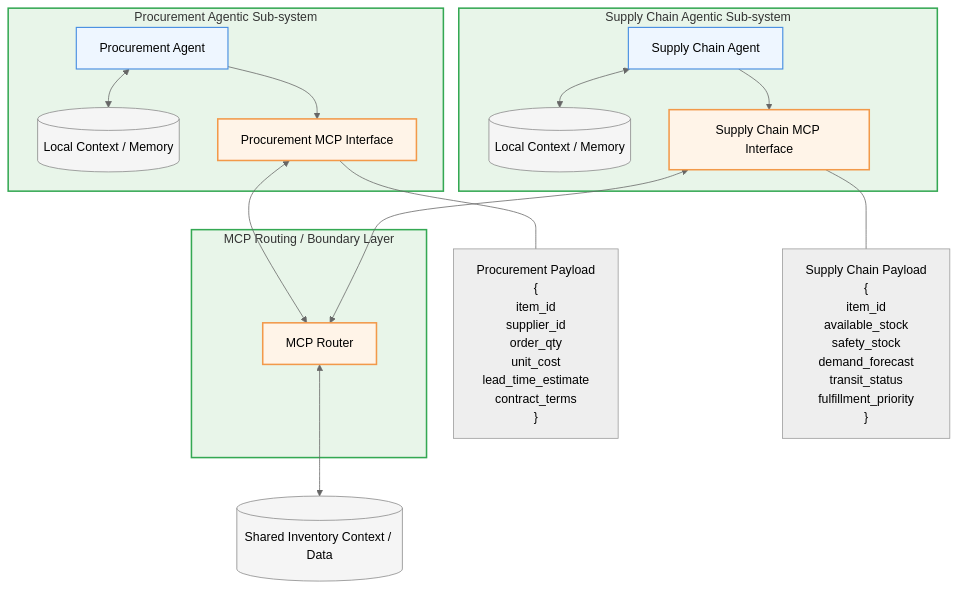
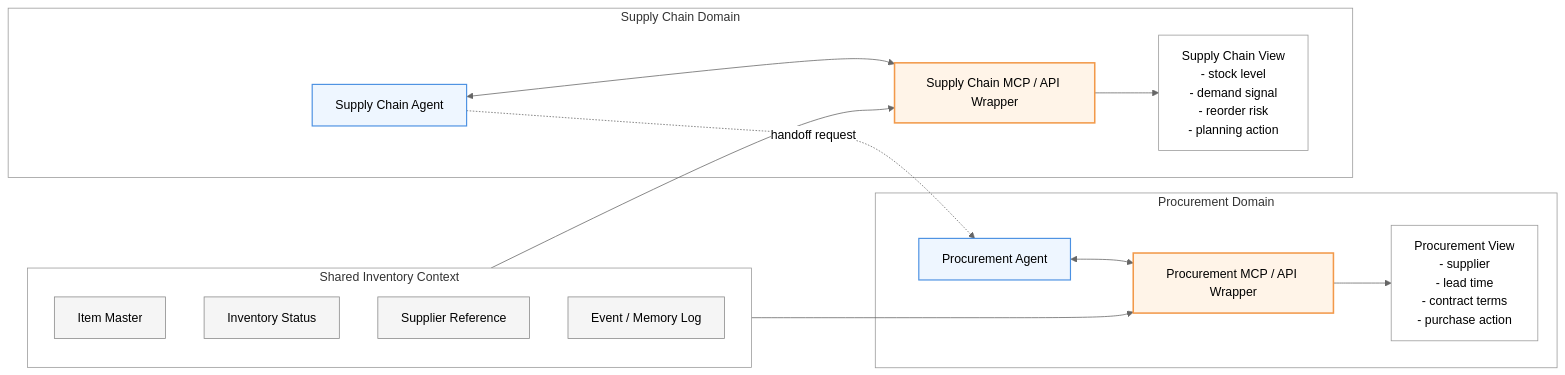
The first of 3 diagrams in _posts/2026-04-01-conway-principle.md (yueguoguo/yueguoguo.github.io), drawn with Mermaid (neutral theme) before and after one commit. The commit also changed other lines of this file, not shown here.

Commit message:
update diagram

```diff
--- a/_posts/2026-04-01-conway-principle.md
+++ b/_posts/2026-04-01-conway-principle.md
@@ -193,68 +107,46 @@
 <div class="mermaid">
-flowchart TD 
-    %% ===== Procurement Sub-system =====
-    subgraph PROC["Procurement Agentic Sub-system"]
-        PA[Procurement Agent]
-        PM[(Local Context / Memory)]
-        PAPI[Procurement MCP Interface]
+flowchart LR
 
-        PA <--> PM
-        PA --> PAPI
+    subgraph SHARED["Shared Inventory Context"]
+        I1[Item Master]
+        I2[Inventory Status]
+        I3[Supplier Reference]
+        I4[Event / Memory Log]
     end
 
-    %% ===== Supply Chain Sub-system =====
-    subgraph SC["Supply Chain Agentic Sub-system"]
-        SA[Supply Chain Agent]
-        SM[(Local Context / Memory)]
-        SAPI[Supply Chain MCP Interface]
-
-        SA <--> SM
-        SA --> SAPI
+    subgraph PROC["Procurement Domain"]
+        PA[Procurement Agent]
+        PMCP[Procurement MCP / API Wrapper]
+        PVIEW["Procurement View<br/>- supplier<br/>- lead time<br/>- contract terms<br/>- purchase action"]
     end
 
-    %% ===== Shared Routing Layer =====
-    subgraph ROUTE["MCP Routing / Boundary Layer"]
-        R[MCP Router]
+    subgraph SC["Supply Chain Domain"]
+        SA[Supply Chain Agent]
+        SMCP[Supply Chain MCP / API Wrapper]
+        SVIEW["Supply Chain View<br/>- stock level<br/>- demand signal<br/>- reorder risk<br/>- planning action"]
     end
 
-    %% ===== Shared Data =====
-    DB[(Shared Inventory Context / Data)]
+    SHARED --> PMCP
+    SHARED --> SMCP
 
-    %% ===== Payload Definitions =====
-    PAPI --- PPayload["Procurement Payload
-    {
-      item_id
-      supplier_id
-      order_qty
-      unit_cost
-      lead_time_estimate
-      contract_terms
-    }"]
+    PMCP --> PVIEW
+    SMCP --> SVIEW
 
-    SAPI --- SPayload["Supply Chain Payload
-    {
-      item_id
-      available_stock
-      safety_stock
-      demand_forecast
-      transit_status
-      fulfillment_priority
-    }"]
+    PA <--> PMCP
+    SA <--> SMCP
 
-    %% ===== Connections =====
-    PAPI <--> R
-    SAPI <--> R
-    R <--> DB
+    SA -.handoff request.-> PA
 
     %% ===== Styles =====
     classDef org fill:#ffffff,stroke:#999,stroke-width:1px;
     classDef agent fill:#eef6ff,stroke:#4a90e2,stroke-width:1.5px;
     classDef memory fill:#f5f5f5,stroke:#888,stroke-width:1px;
     classDef interface fill:#fff4e8,stroke:#f2994a,stroke-width:2px;
     classDef context fill:#e8f5e9,stroke:#34a853,stroke-width:2px;
 
+    class SHARED,PROC,SC org;
     class PA,SA agent;
-    class PM,SM,DB memory;
-    class PAPI,SAPI,R interface;
-    class PROC,SC,ROUTE context;
+    class I1,I2,I3,I4 memory;
+    class PMCP,SMCP interface;
+    class PVIEW,SVIEW org;
 </div>
```
